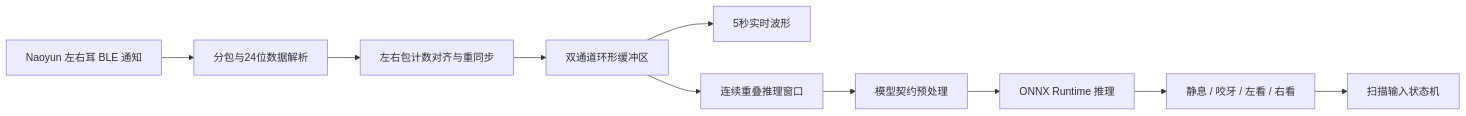
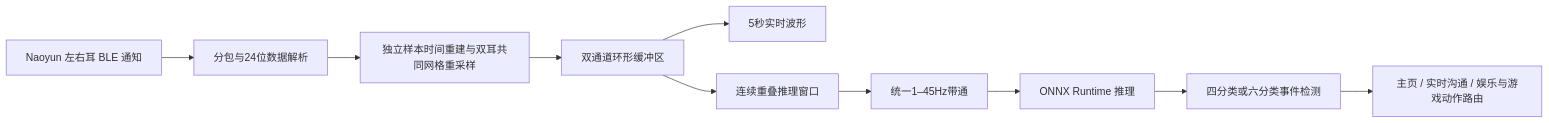
One commit to WoodenCatter/special_input_method changed the diagram in README.md. Above: the diagram before and after it, drawn with Mermaid. The commit also changed other lines of this file and 431 other files, not shown here.

````diff
--- a/README.md
+++ b/README.md
@@ -27,12 +31,12 @@
 ```mermaid
 flowchart LR
     A["Naoyun 左右耳 BLE 通知"] --> B["分包与24位数据解析"]
-    B --> C["左右包计数对齐与重同步"]
+    B --> C["独立样本时间重建与双耳共同网格重采样"]
     C --> D["双通道环形缓冲区"]
     D --> E["5秒实时波形"]
     D --> F["连续重叠推理窗口"]
-    F --> G["模型契约预处理"]
+    F --> G["统一1–45Hz带通"]
     G --> H["ONNX Runtime 推理"]
-    H --> I["静息 / 咬牙 / 左看 / 右看"]
-    I --> J["扫描输入状态机"]
+    H --> I["四分类或六分类事件检测"]
+    I --> J["主页 / 实时沟通 / 娱乐与游戏动作路由"]
 ```
````
